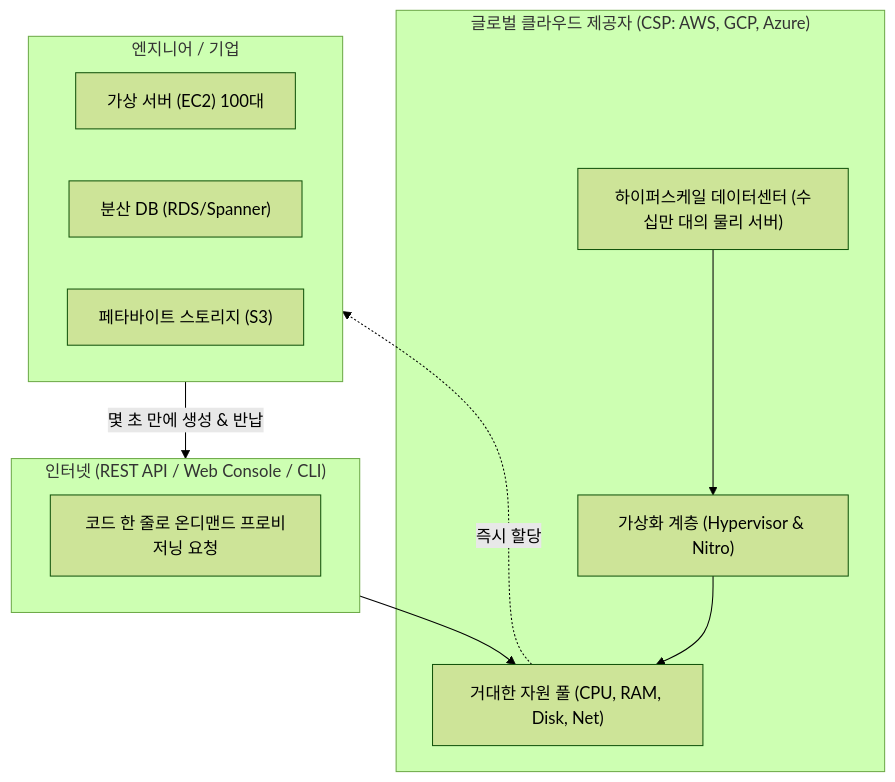
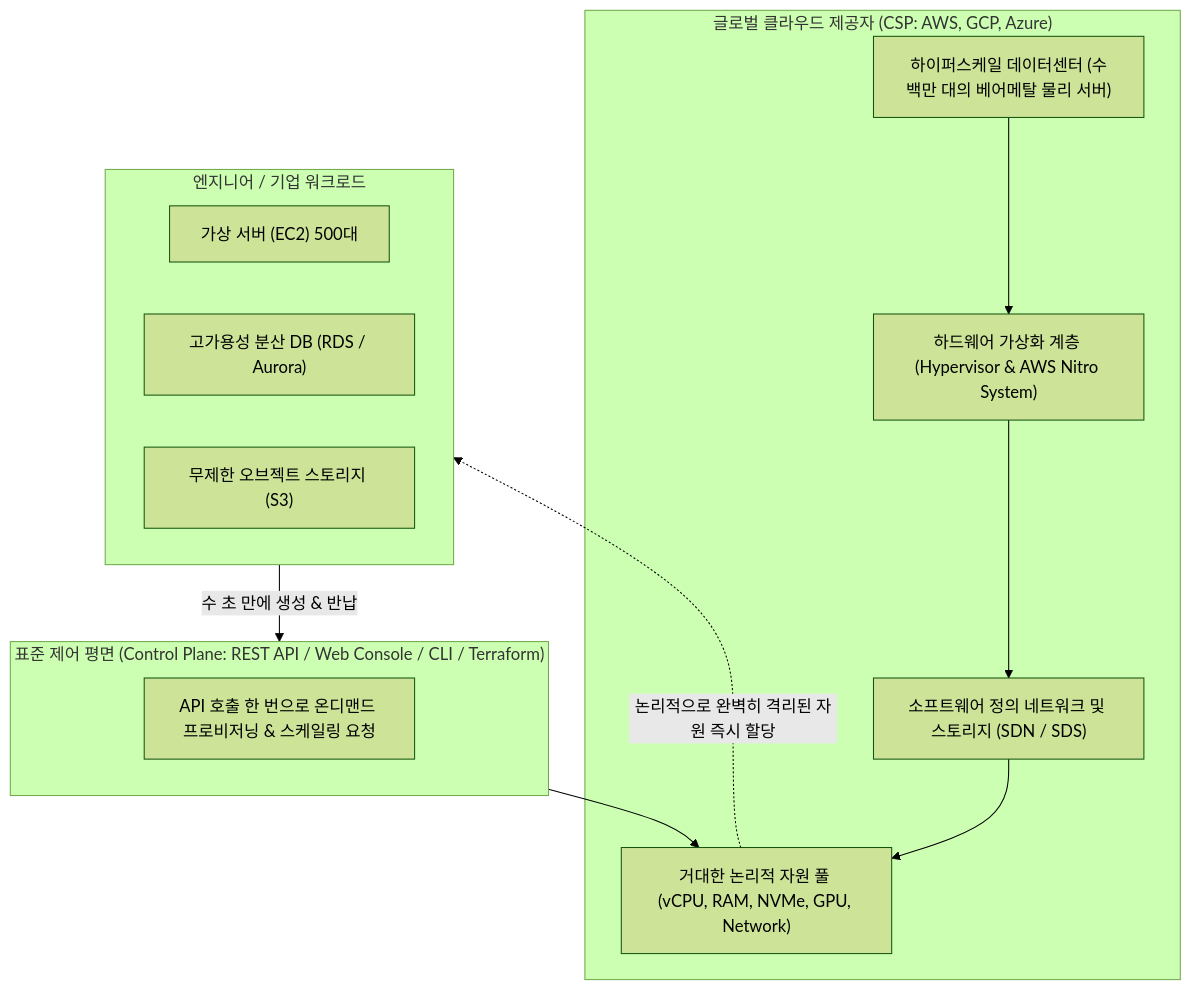
One commit to keimania/tech-notes changed the second of 26 diagrams in 10_클라우드_빅데이터_인공지능.md. Above: the diagram before and after it, drawn with Mermaid (forest theme). The commit also changed other lines of this file and 12 other files, not shown here.

````diff
--- a/10_클라우드_빅데이터_인공지능.md
+++ b/10_클라우드_빅데이터_인공지능.md
@@ -56,23 +56,24 @@
 ```mermaid
 flowchart TD
     subgraph CSP["글로벌 클라우드 제공자 (CSP: AWS, GCP, Azure)"]
-        DC1["하이퍼스케일 데이터센터 (수십만 대의 물리 서버)"]
-        Hyp["가상화 계층 (Hypervisor & Nitro)"]
-        Pool["거대한 자원 풀 (CPU, RAM, Disk, Net)"]
-        DC1 --> Hyp --> Pool
+        DC1["하이퍼스케일 데이터센터 (수백만 대의 베어메탈 물리 서버)"]
+        Hyp["하드웨어 가상화 계층 (Hypervisor & AWS Nitro System)"]
+        SDN["소프트웨어 정의 네트워크 및 스토리지 (SDN / SDS)"]
+        Pool["거대한 논리적 자원 풀 (vCPU, RAM, NVMe, GPU, Network)"]
+        DC1 --> Hyp --> SDN --> Pool
     end
 
-    subgraph API["인터넷 (REST API / Web Console / CLI)"]
-        Call["코드 한 줄로 온디맨드 프로비저닝 요청"]
+    subgraph API["표준 제어 평면 (Control Plane: REST API / Web Console / CLI / Terraform)"]
+        Call["API 호출 한 번으로 온디맨드 프로비저닝 & 스케일링 요청"]
     end
 
-    subgraph User["엔지니어 / 기업"]
-        Srv1["가상 서버 (EC2) 100대"]
-        DB1["분산 DB (RDS/Spanner)"]
-        Str1["페타바이트 스토리지 (S3)"]
+    subgraph User["엔지니어 / 기업 워크로드"]
+        Srv1["가상 서버 (EC2) 500대"]
+        DB1["고가용성 분산 DB (RDS / Aurora)"]
+        Str1["무제한 오브젝트 스토리지 (S3)"]
     end
 
-    User -->|몇 초 만에 생성 & 반납| API
+    User -->|"수 초 만에 생성 & 반납"| API
     API --> Pool
-    Pool -.->|즉시 할당| User
+    Pool -.->|"논리적으로 완벽히 격리된 자원 즉시 할당"| User
 ```
````
